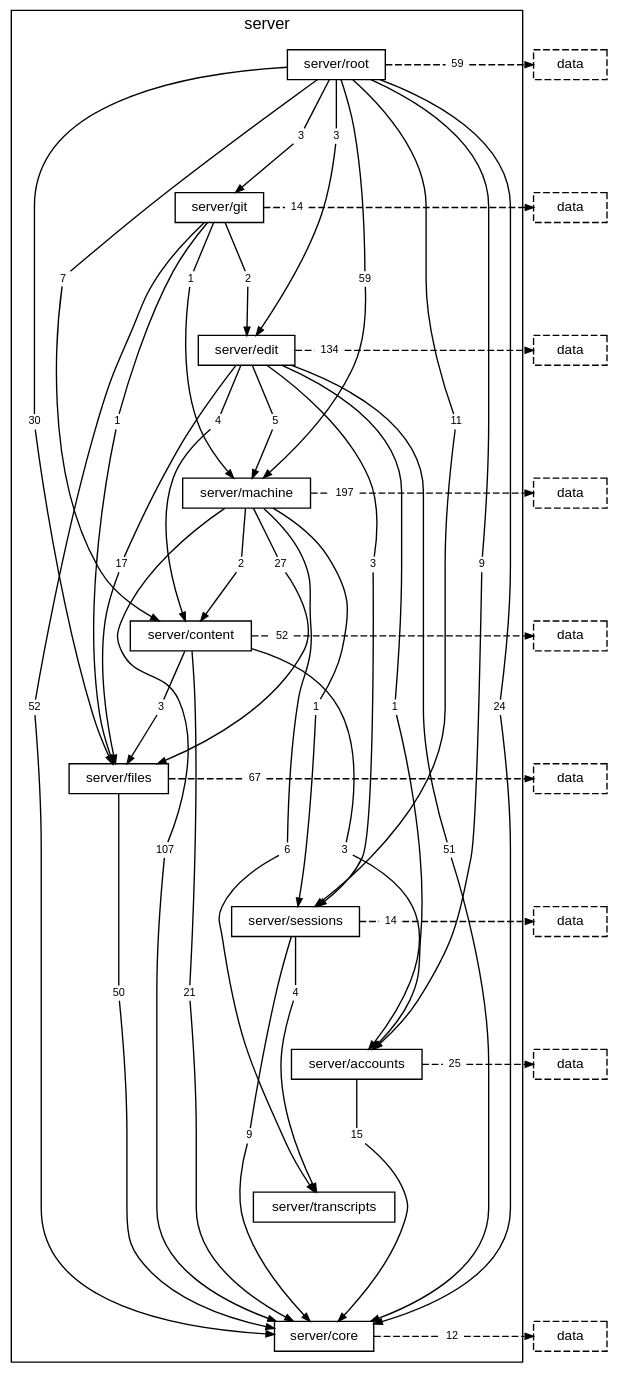
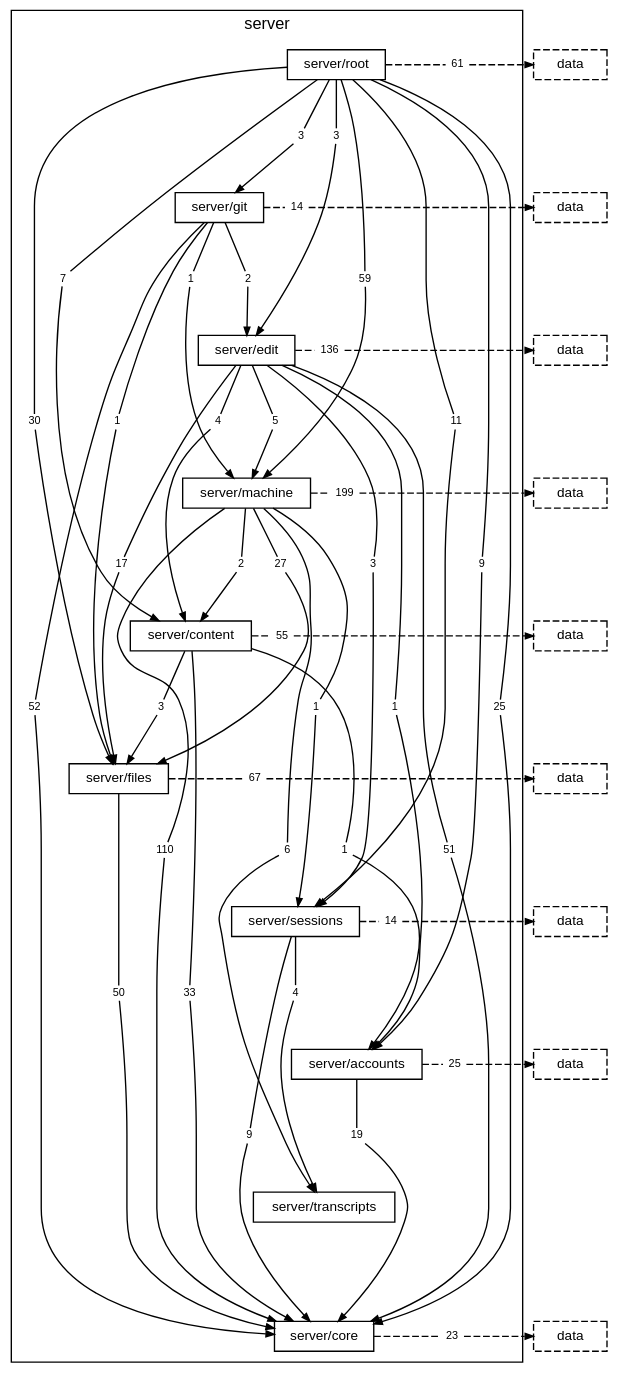
Before and after one commit to TheAxeC/oculus: the diagram in docs/diagrams/layer-server.dot, drawn with Graphviz. The commit also changed 208 other files, not shown here.

```diff
--- a/docs/diagrams/layer-server.dot
+++ b/docs/diagrams/layer-server.dot
@@ -16,13 +16,13 @@
         "folder server/core" [label="server/core"];
         "folder server/root to folder server/accounts" [label="9", shape=box, color="transparent", fontsize=8, width=0, height=0, margin="0.04,0.02"];
         "folder server/root to folder server/content" [label="7", shape=box, color="transparent", fontsize=8, width=0, height=0, margin="0.04,0.02"];
-        "folder server/root to folder server/core" [label="24", shape=box, color="transparent", fontsize=8, width=0, height=0, margin="0.04,0.02"];
+        "folder server/root to folder server/core" [label="25", shape=box, color="transparent", fontsize=8, width=0, height=0, margin="0.04,0.02"];
         "folder server/root to folder server/edit" [label="3", shape=box, color="transparent", fontsize=8, width=0, height=0, margin="0.04,0.02"];
         "folder server/root to folder server/files" [label="30", shape=box, color="transparent", fontsize=8, width=0, height=0, margin="0.04,0.02"];
         "folder server/root to folder server/git" [label="3", shape=box, color="transparent", fontsize=8, width=0, height=0, margin="0.04,0.02"];
         "folder server/root to folder server/machine" [label="59", shape=box, color="transparent", fontsize=8, width=0, height=0, margin="0.04,0.02"];
         "folder server/root to folder server/sessions" [label="11", shape=box, color="transparent", fontsize=8, width=0, height=0, margin="0.04,0.02"];
-        "folder server/root to layer data" [label="59", shape=box, color="transparent", fontsize=8, width=0, height=0, margin="0.04,0.02"];
+        "folder server/root to layer data" [label="61", shape=box, color="transparent", fontsize=8, width=0, height=0, margin="0.04,0.02"];
         "folder server/git to folder server/core" [label="52", shape=box, color="transparent", fontsize=8, width=0, height=0, margin="0.04,0.02"];
         "folder server/git to folder server/edit" [label="2", shape=box, color="transparent", fontsize=8, width=0, height=0, margin="0.04,0.02"];
         "folder server/git to folder server/files" [label="1", shape=box, color="transparent", fontsize=8, width=0, height=0, margin="0.04,0.02"];
@@ -34,25 +34,25 @@
         "folder server/edit to folder server/files" [label="17", shape=box, color="transparent", fontsize=8, width=0, height=0, margin="0.04,0.02"];
         "folder server/edit to folder server/machine" [label="5", shape=box, color="transparent", fontsize=8, width=0, height=0, margin="0.04,0.02"];
         "folder server/edit to folder server/sessions" [label="3", shape=box, color="transparent", fontsize=8, width=0, height=0, margin="0.04,0.02"];
-        "folder server/edit to layer data" [label="134", shape=box, color="transparent", fontsize=8, width=0, height=0, margin="0.04,0.02"];
+        "folder server/edit to layer data" [label="136", shape=box, color="transparent", fontsize=8, width=0, height=0, margin="0.04,0.02"];
         "folder server/machine to folder server/content" [label="2", shape=box, color="transparent", fontsize=8, width=0, height=0, margin="0.04,0.02"];
-        "folder server/machine to folder server/core" [label="107", shape=box, color="transparent", fontsize=8, width=0, height=0, margin="0.04,0.02"];
+        "folder server/machine to folder server/core" [label="110", shape=box, color="transparent", fontsize=8, width=0, height=0, margin="0.04,0.02"];
         "folder server/machine to folder server/files" [label="27", shape=box, color="transparent", fontsize=8, width=0, height=0, margin="0.04,0.02"];
         "folder server/machine to folder server/sessions" [label="1", shape=box, color="transparent", fontsize=8, width=0, height=0, margin="0.04,0.02"];
         "folder server/machine to folder server/transcripts" [label="6", shape=box, color="transparent", fontsize=8, width=0, height=0, margin="0.04,0.02"];
-        "folder server/machine to layer data" [label="197", shape=box, color="transparent", fontsize=8, width=0, height=0, margin="0.04,0.02"];
-        "folder server/content to folder server/accounts" [label="3", shape=box, color="transparent", fontsize=8, width=0, height=0, margin="0.04,0.02"];
-        "folder server/content to folder server/core" [label="21", shape=box, color="transparent", fontsize=8, width=0, height=0, margin="0.04,0.02"];
+        "folder server/machine to layer data" [label="199", shape=box, color="transparent", fontsize=8, width=0, height=0, margin="0.04,0.02"];
+        "folder server/content to folder server/accounts" [label="1", shape=box, color="transparent", fontsize=8, width=0, height=0, margin="0.04,0.02"];
+        "folder server/content to folder server/core" [label="33", shape=box, color="transparent", fontsize=8, width=0, height=0, margin="0.04,0.02"];
         "folder server/content to folder server/files" [label="3", shape=box, color="transparent", fontsize=8, width=0, height=0, margin="0.04,0.02"];
-        "folder server/content to layer data" [label="52", shape=box, color="transparent", fontsize=8, width=0, height=0, margin="0.04,0.02"];
+        "folder server/content to layer data" [label="55", shape=box, color="transparent", fontsize=8, width=0, height=0, margin="0.04,0.02"];
         "folder server/files to folder server/core" [label="50", shape=box, color="transparent", fontsize=8, width=0, height=0, margin="0.04,0.02"];
         "folder server/files to layer data" [label="67", shape=box, color="transparent", fontsize=8, width=0, height=0, margin="0.04,0.02"];
         "folder server/sessions to folder server/core" [label="9", shape=box, color="transparent", fontsize=8, width=0, height=0, margin="0.04,0.02"];
         "folder server/sessions to folder server/transcripts" [label="4", shape=box, color="transparent", fontsize=8, width=0, height=0, margin="0.04,0.02"];
         "folder server/sessions to layer data" [label="14", shape=box, color="transparent", fontsize=8, width=0, height=0, margin="0.04,0.02"];
-        "folder server/accounts to folder server/core" [label="15", shape=box, color="transparent", fontsize=8, width=0, height=0, margin="0.04,0.02"];
+        "folder server/accounts to folder server/core" [label="19", shape=box, color="transparent", fontsize=8, width=0, height=0, margin="0.04,0.02"];
         "folder server/accounts to layer data" [label="25", shape=box, color="transparent", fontsize=8, width=0, height=0, margin="0.04,0.02"];
-        "folder server/core to layer data" [label="12", shape=box, color="transparent", fontsize=8, width=0, height=0, margin="0.04,0.02"];
+        "folder server/core to layer data" [label="23", shape=box, color="transparent", fontsize=8, width=0, height=0, margin="0.04,0.02"];
     }
     "layer data from folder server/root" [label="data", style=dashed];
     "layer data from folder server/git" [label="data", style=dashed];
```
